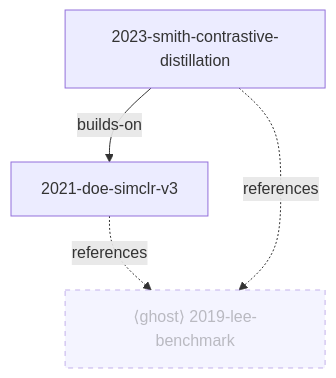
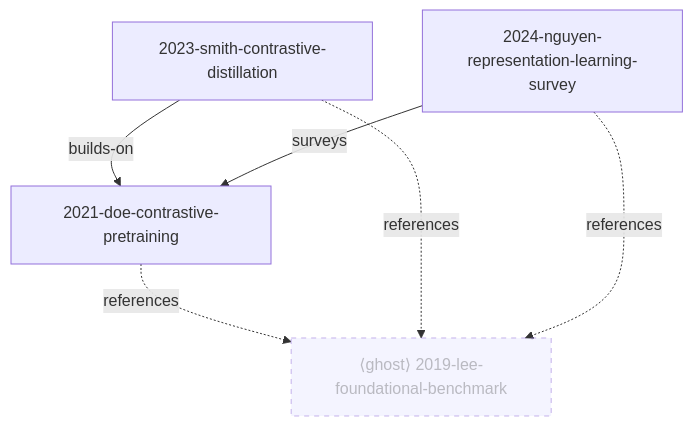
One commit to akhatami/claude-research-agent changed the diagram in README.md. Above: the diagram before and after it, drawn with Mermaid. The commit also changed other lines of this file and 4 other files, not shown here.

````diff
--- a/README.md
+++ b/README.md
@@ -32,11 +45,14 @@
 ```mermaid
 graph TD
-    n_2021_doe_simclr_v3["2021-doe-simclr-v3"]
+    n_2021_doe_contrastive_pretraining["2021-doe-contrastive-pretraining"]
     n_2023_smith_contrastive_distillation["2023-smith-contrastive-distillation"]
-    n_2023_smith_contrastive_distillation -->|builds-on| n_2021_doe_simclr_v3
-    ghost_2019_lee_benchmark["⟨ghost⟩ 2019-lee-benchmark"]
-    n_2021_doe_simclr_v3 -. references .-> ghost_2019_lee_benchmark
-    n_2023_smith_contrastive_distillation -. references .-> ghost_2019_lee_benchmark
+    n_2024_nguyen_representation_learning_survey["2024-nguyen-representation-learning-survey"]
+    n_2023_smith_contrastive_distillation -->|builds-on| n_2021_doe_contrastive_pretraining
+    n_2024_nguyen_representation_learning_survey -->|surveys| n_2021_doe_contrastive_pretraining
+    ghost_2019_lee_foundational_benchmark["⟨ghost⟩ 2019-lee-foundational-benchmark"]
+    n_2021_doe_contrastive_pretraining -. references .-> ghost_2019_lee_foundational_benchmark
+    n_2023_smith_contrastive_distillation -. references .-> ghost_2019_lee_foundational_benchmark
+    n_2024_nguyen_representation_learning_survey -. references .-> ghost_2019_lee_foundational_benchmark
     classDef ghost stroke-dasharray:5 5,opacity:0.55;
-    class ghost_2019_lee_benchmark ghost;
+    class ghost_2019_lee_foundational_benchmark ghost;
 ```
````
